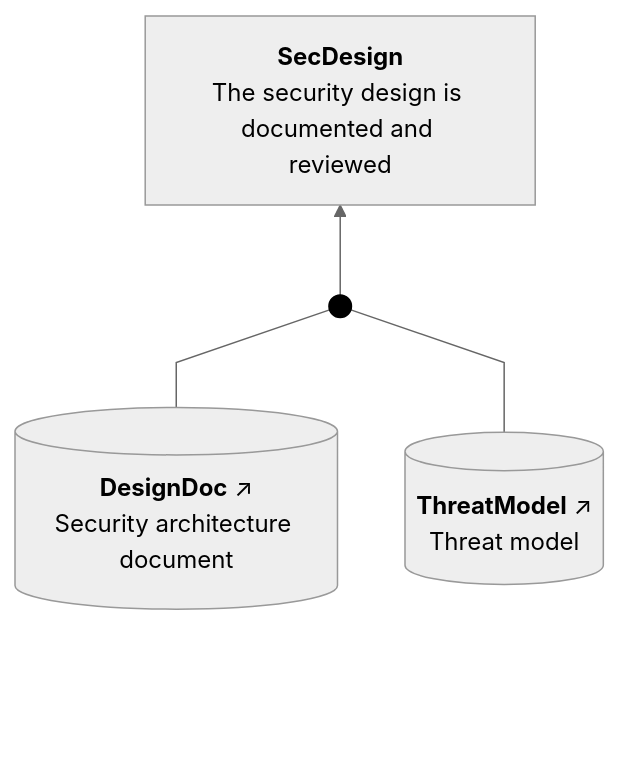
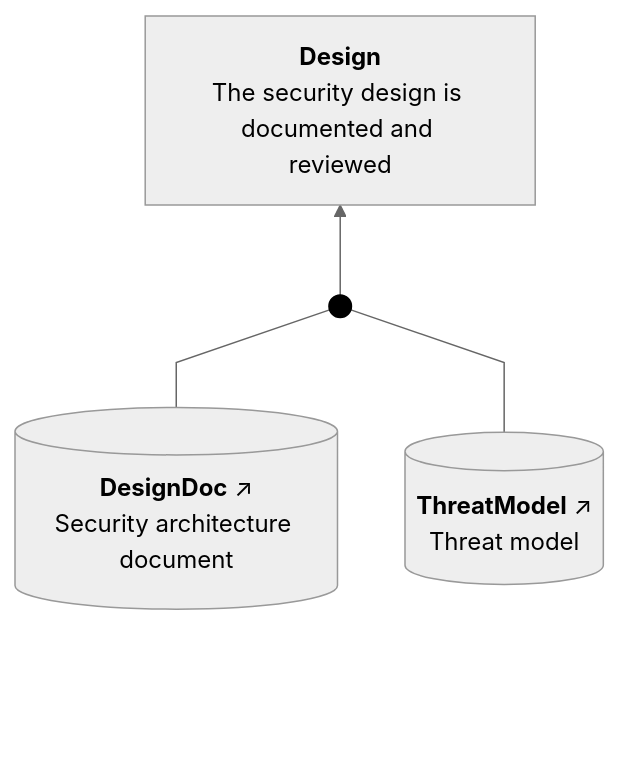
Before and after one commit to david-a-wheeler/caseproc: the third of 3 diagrams in tests/fixtures/badgeapp-doc-input.expected.md, drawn with Mermaid. The commit also changed other lines of this file and 6 other files, not shown here.

````diff
--- a/tests/fixtures/badgeapp-doc-input.expected.md
+++ b/tests/fixtures/badgeapp-doc-input.expected.md
@@ -88,28 +88,28 @@
 ```mermaid
 ---
 config:
   theme: neutral
   flowchart:
     curve: linear
     htmlLabels: true
     rankSpacing: 60
     nodeSpacing: 45
     padding: 15
 ---
 flowchart BT
     classDef invisible opacity:0
     classDef sacmDot fill:#000,stroke:#000
     classDef connector fill:none,stroke:#cccccc,stroke-width:1px;
     classDef abstractClaim stroke-width:2px,stroke-dasharray: 5 5;
-    SecDesign["<b>SecDesign</b><br>The security design is documented and reviewed"]
+    Design["<b>Design</b><br>The security design is documented and reviewed"]
     DesignDoc[("<b>DesignDoc</b>&nbsp;↗<br>Security architecture document")]
     ThreatModel[("<b>ThreatModel</b>&nbsp;↗<br>Threat model")]
     Dot1((" ")):::sacmDot
     click DesignDoc "docs/security-arch.pdf"
     click ThreatModel "docs/threat-model.md"
 
     BottomPadding[ ]:::invisible ~~~ DesignDoc
     DesignDoc --- Dot1
     ThreatModel --- Dot1
-    Dot1 --> SecDesign
+    Dot1 --> Design
 ```
````
